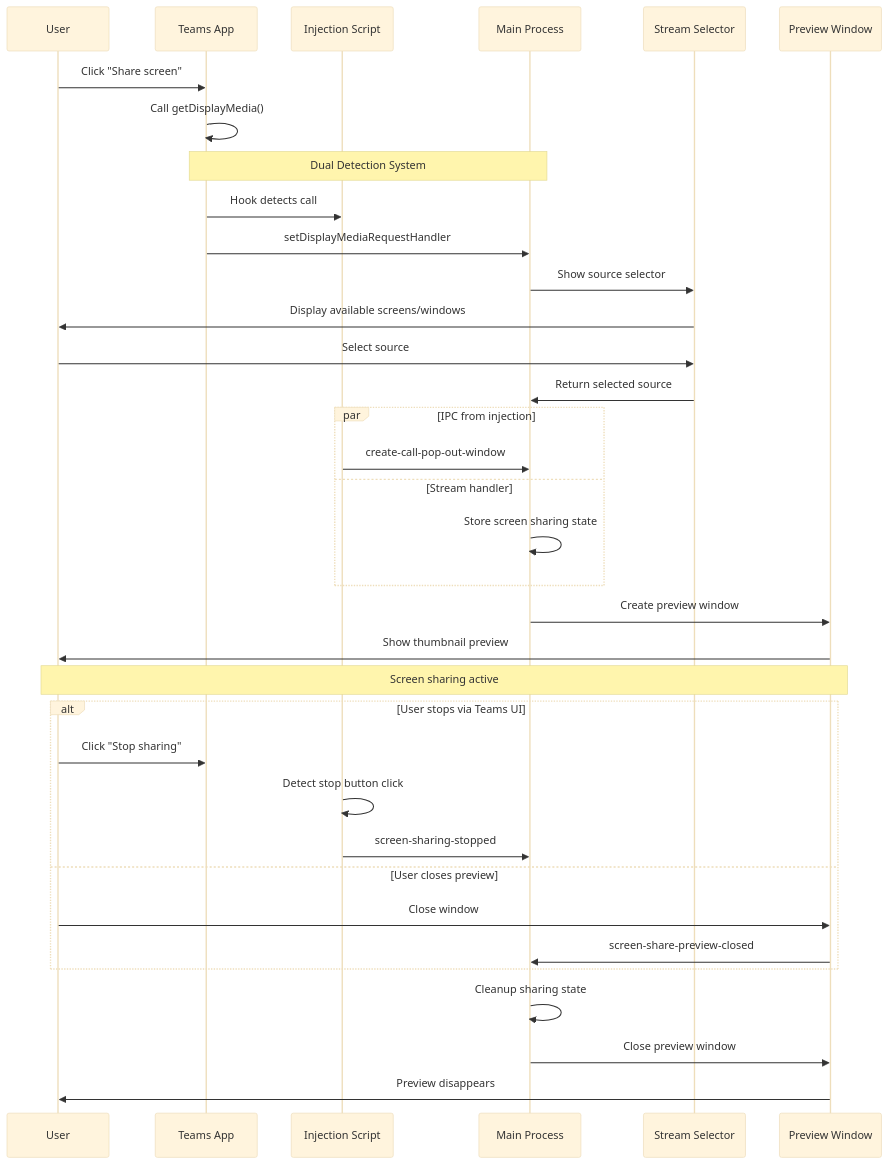
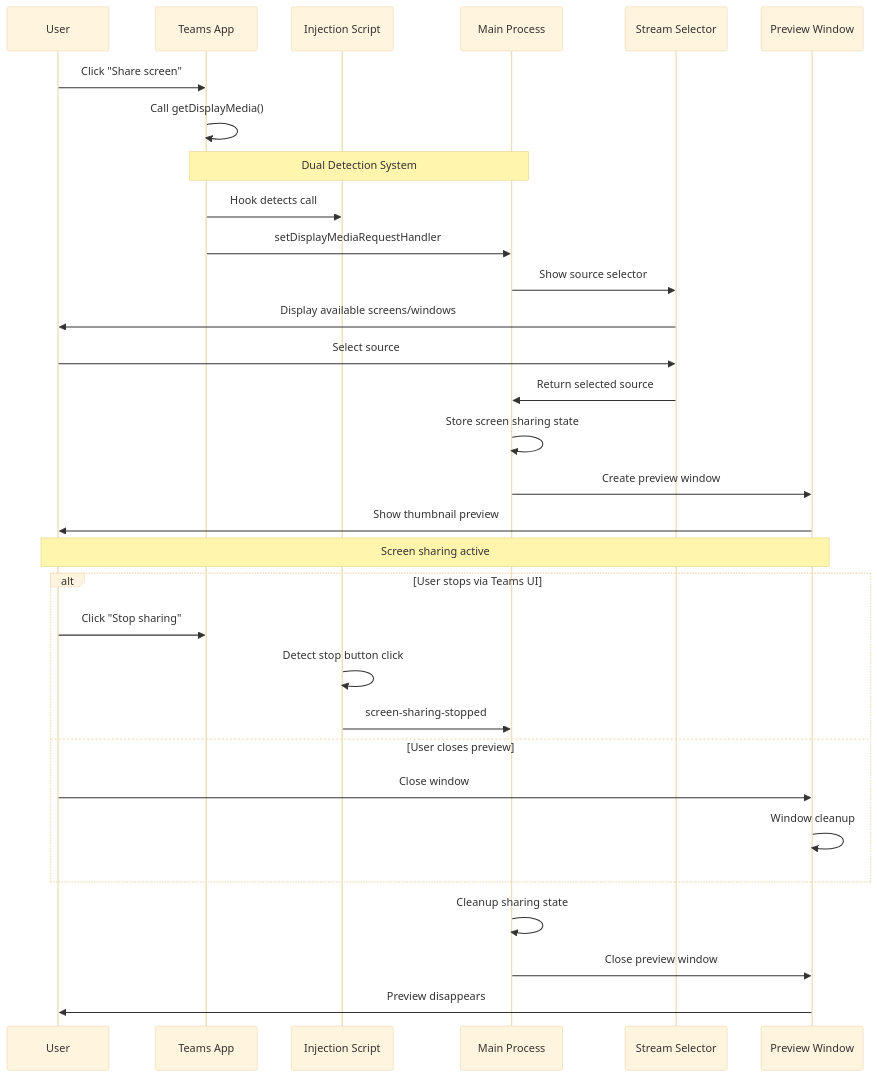
Before and after one commit to IsmaelMartinez/teams-for-linux: the third of 4 diagrams in docs/screen-sharing.md, drawn with Mermaid (base theme). The commit also changed other lines of this file and 17 other files, not shown here.

````diff
--- a/docs/screen-sharing.md
+++ b/docs/screen-sharing.md
@@ -79,45 +78,40 @@
 ```mermaid
 sequenceDiagram
     participant U as User
     participant T as Teams App
     participant I as Injection Script
     participant M as Main Process
     participant S as Stream Selector
     participant P as Preview Window
     
     U->>T: Click "Share screen"
     T->>T: Call getDisplayMedia()
     
     Note over T,M: Dual Detection System
     T->>I: Hook detects call
     T->>M: setDisplayMediaRequestHandler
     
     M->>S: Show source selector
     S->>U: Display available screens/windows
     U->>S: Select source
     S->>M: Return selected source
     
-    par IPC from injection
-        I->>M: create-call-pop-out-window
-    and Stream handler
-        M->>M: Store screen sharing state
-    end
-    
+    M->>M: Store screen sharing state
     M->>P: Create preview window
     P->>U: Show thumbnail preview
     
     Note over U,P: Screen sharing active
     
     alt User stops via Teams UI
         U->>T: Click "Stop sharing"
         I->>I: Detect stop button click
         I->>M: screen-sharing-stopped
     else User closes preview
         U->>P: Close window
-        P->>M: screen-share-preview-closed
+        P->>P: Window cleanup
     end
     
     M->>M: Cleanup sharing state
     M->>P: Close preview window
     P->>U: Preview disappears
 ```
````
